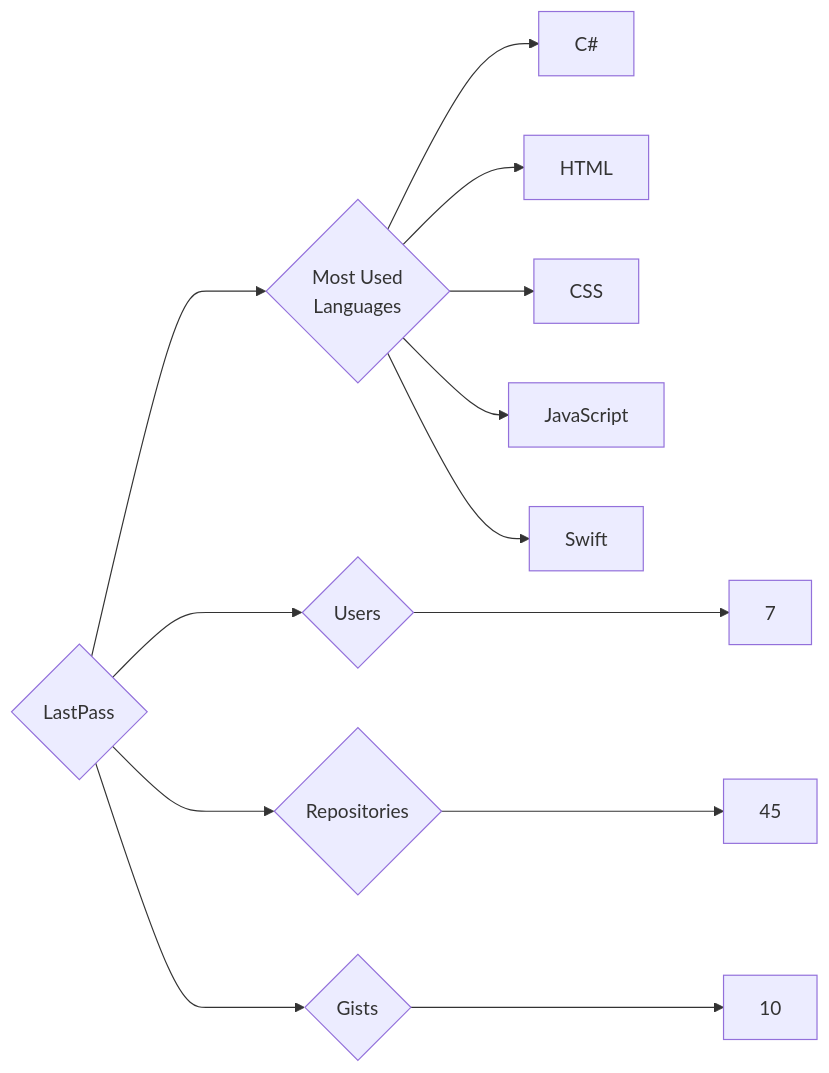
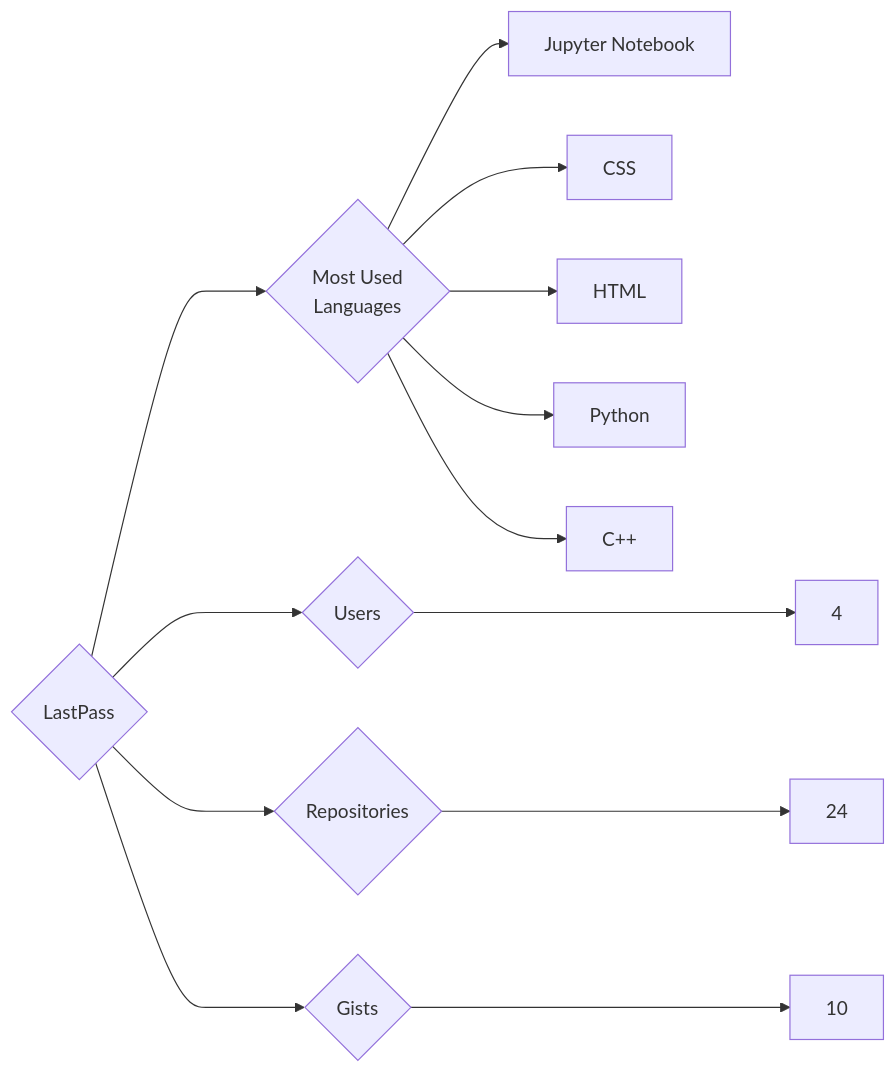
The diagram in targets/LastPass/README.md (trickest/insiders), drawn with Mermaid before and after one commit. The commit also changed 894 other files, not shown here.

````diff
--- a/targets/LastPass/README.md
+++ b/targets/LastPass/README.md
@@ -3,13 +3,13 @@
 ```mermaid
 graph LR
 COMPANY_NAME{LastPass}
-COMPANY_NAME ---> U{Users} ---> UN[7]
-COMPANY_NAME ---> R{Repositories} ---> RN[45]
+COMPANY_NAME ---> U{Users} ---> UN[4]
+COMPANY_NAME ---> R{Repositories} ---> RN[24]
 COMPANY_NAME ---> G{Gists} ---> GN[10]
 COMPANY_NAME ---> ML{Most Used<br>Languages}
-ML --> C#[C#]
+ML --> Jupyter_Notebook[Jupyter Notebook]
+ML --> CSS[CSS]
 ML --> HTML[HTML]
-ML --> CSS[CSS]
-ML --> JavaScript[JavaScript]
-ML --> Swift[Swift]
+ML --> Python[Python]
+ML --> C++[C++]
 ```
````
